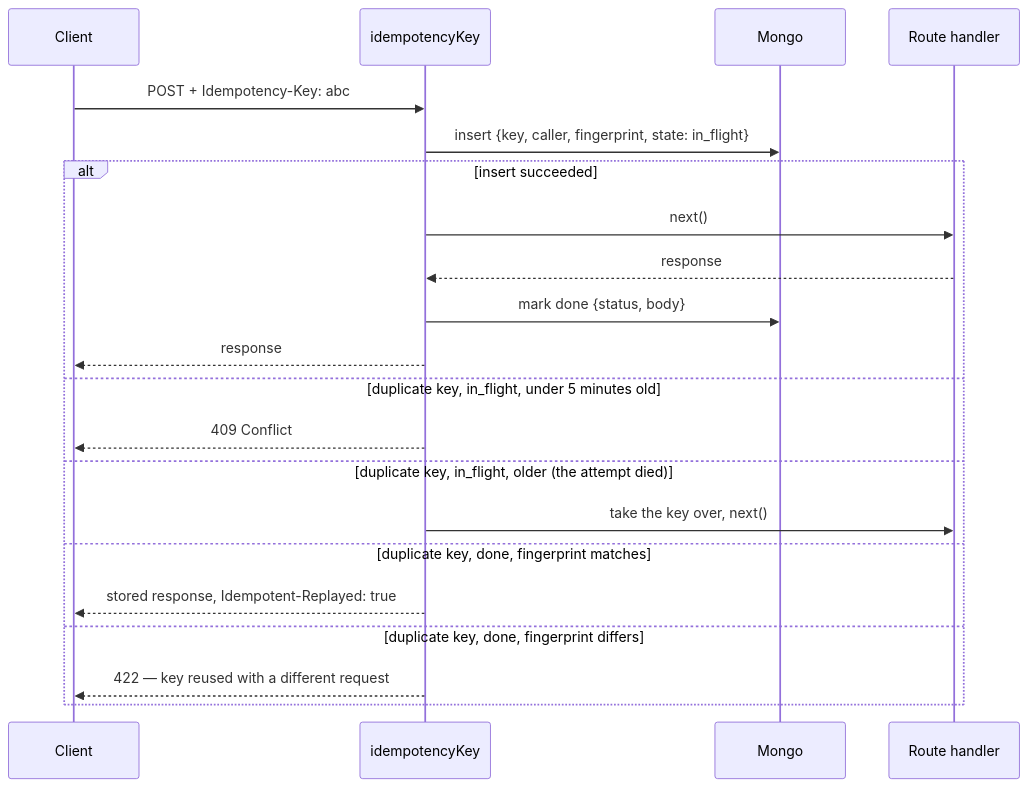
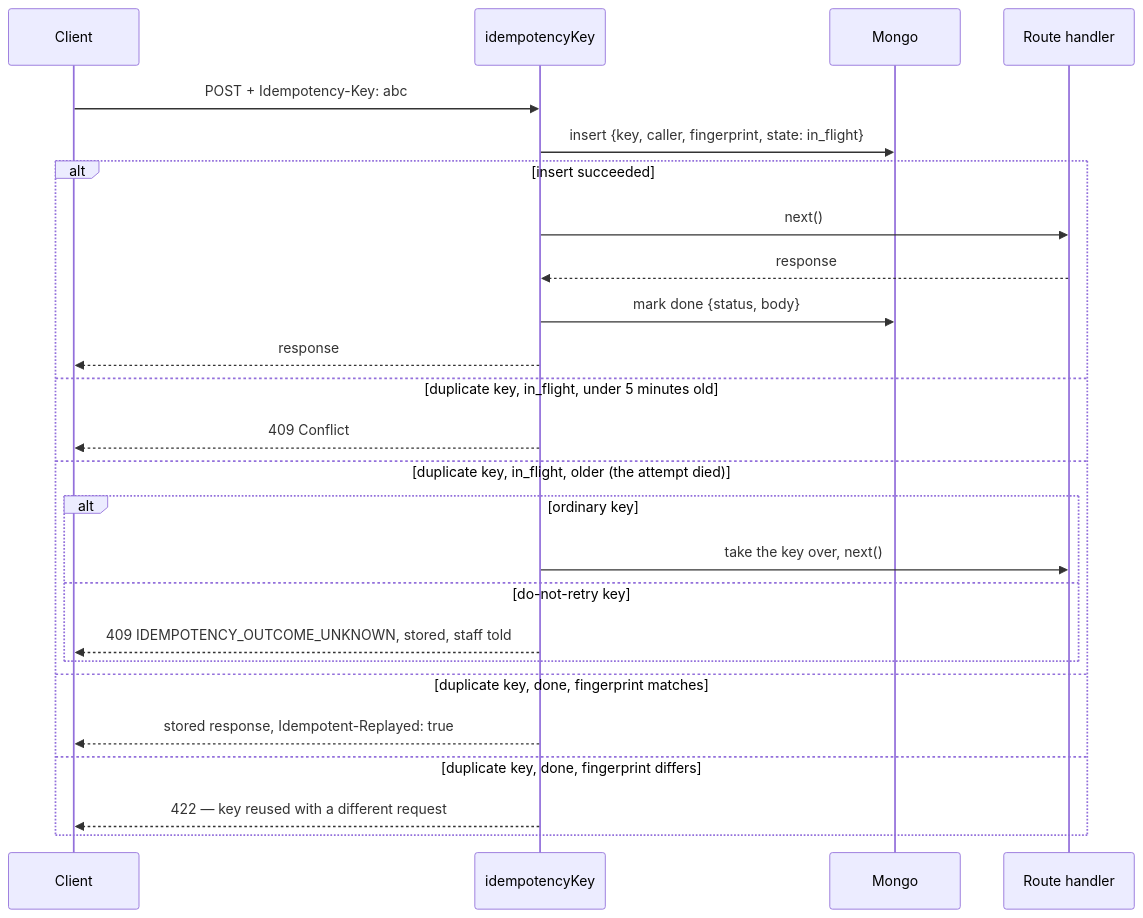
The first of 2 diagrams in docs/tools/idempotency.md (Guebbit/boilerplate-node-backend), drawn with Mermaid before and after one commit. The commit also changed other lines of this file and 55 other files, not shown here.

First line of the commit message:
feat(idempotency): a retry never repeats a refund, ship or stock write whose outcome is unknown

````diff
--- a/docs/tools/idempotency.md
+++ b/docs/tools/idempotency.md
@@ -18,24 +18,28 @@
 ```mermaid
 sequenceDiagram
     participant Client
     participant Middleware as idempotencyKey
     participant Mongo
     participant Handler as Route handler
 
     Client->>Middleware: POST + Idempotency-Key: abc
     Middleware->>Mongo: insert {key, caller, fingerprint, state: in_flight}
     alt insert succeeded
         Middleware->>Handler: next()
         Handler-->>Middleware: response
         Middleware->>Mongo: mark done {status, body}
         Middleware-->>Client: response
     else duplicate key, in_flight, under 5 minutes old
         Middleware-->>Client: 409 Conflict
     else duplicate key, in_flight, older (the attempt died)
-        Middleware->>Handler: take the key over, next()
+        alt ordinary key
+            Middleware->>Handler: take the key over, next()
+        else do-not-retry key
+            Middleware-->>Client: 409 IDEMPOTENCY_OUTCOME_UNKNOWN, stored, staff told
+        end
     else duplicate key, done, fingerprint matches
         Middleware-->>Client: stored response, Idempotent-Replayed: true
     else duplicate key, done, fingerprint differs
         Middleware-->>Client: 422 — key reused with a different request
     end
 ```
````
